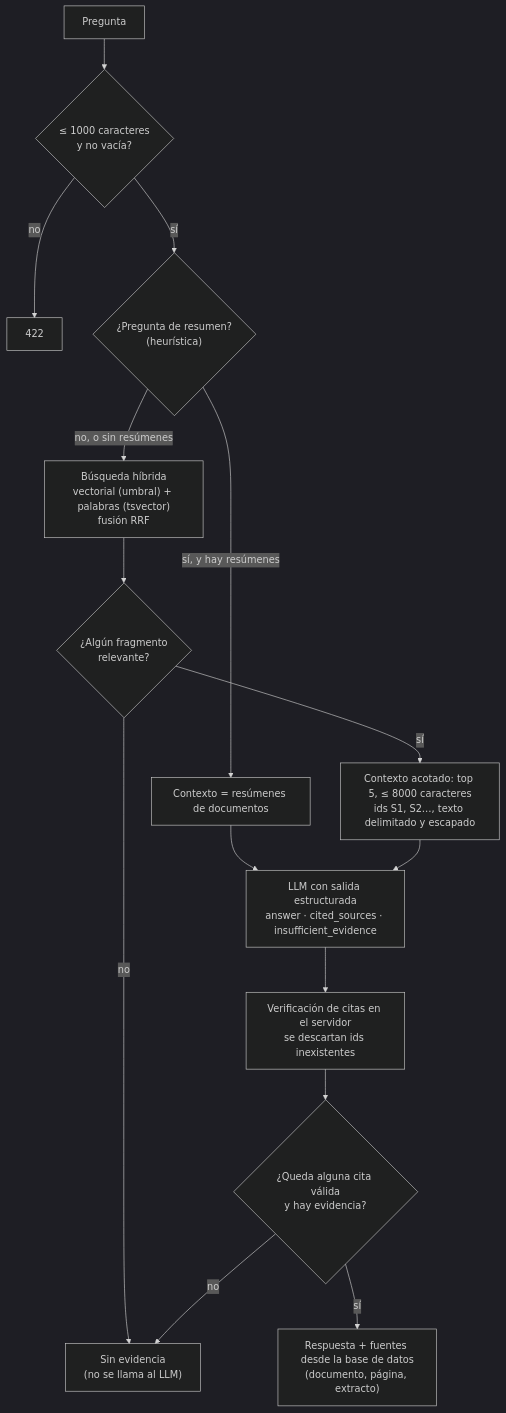
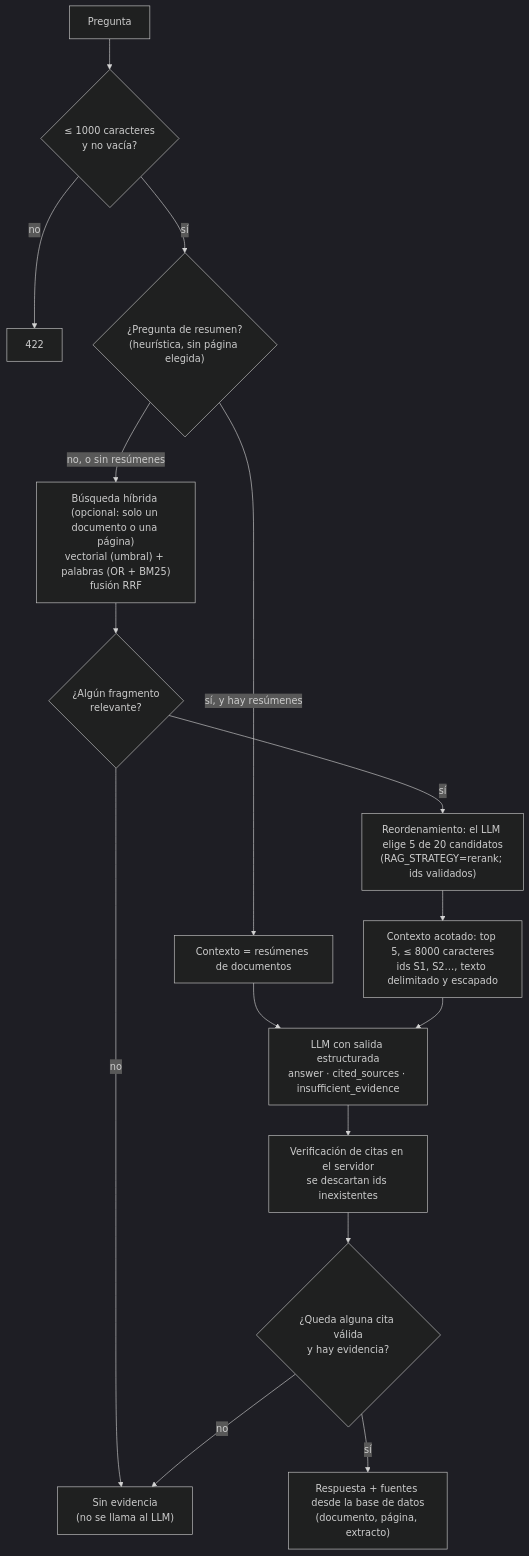
One commit to ivanqenk/rag changed the third of 4 diagrams in docs/architecture.md. Above: the diagram before and after it, drawn with Mermaid (dark theme). The commit also changed other lines of this file and 27 other files, not shown here.

First line of the commit message:
Mejor recuperación en documentos largos: BM25, reordenamiento con LLM y filtro por página

````diff
--- a/docs/architecture.md
+++ b/docs/architecture.md
@@ -68,17 +68,18 @@
 ```mermaid
 flowchart TD
     Q[Pregunta] --> V{"≤ 1000 caracteres<br/>y no vacía?"}
     V -->|no| E422[422]
-    V -->|sí| SQ{"¿Pregunta de resumen?<br/>(heurística)"}
+    V -->|sí| SQ{"¿Pregunta de resumen?<br/>(heurística, sin página elegida)"}
     SQ -->|sí, y hay resúmenes| CS["Contexto = resúmenes de documentos"]
-    SQ -->|no, o sin resúmenes| H["Búsqueda híbrida<br/>vectorial (umbral) + palabras (tsvector)<br/>fusión RRF"]
+    SQ -->|no, o sin resúmenes| H["Búsqueda híbrida (opcional: solo un documento o una página)<br/>vectorial (umbral) + palabras (OR + BM25)<br/>fusión RRF"]
     H --> C{"¿Algún fragmento<br/>relevante?"}
     C -->|no| NE["Sin evidencia<br/>(no se llama al LLM)"]
-    C -->|sí| CC["Contexto acotado: top 5, ≤ 8000 caracteres<br/>ids S1, S2…, texto delimitado y escapado"]
+    C -->|sí| RR["Reordenamiento: el LLM elige 5 de 20 candidatos<br/>(RAG_STRATEGY=rerank; ids validados)"]
+    RR --> CC["Contexto acotado: top 5, ≤ 8000 caracteres<br/>ids S1, S2…, texto delimitado y escapado"]
     CS --> LLM
     CC --> LLM["LLM con salida estructurada<br/>answer · cited_sources · insufficient_evidence"]
     LLM --> VC["Verificación de citas en el servidor<br/>se descartan ids inexistentes"]
     VC --> OK{"¿Queda alguna cita válida<br/>y hay evidencia?"}
     OK -->|no| NE
     OK -->|sí| R["Respuesta + fuentes desde la base de datos<br/>(documento, página, extracto)"]
 ```
````
